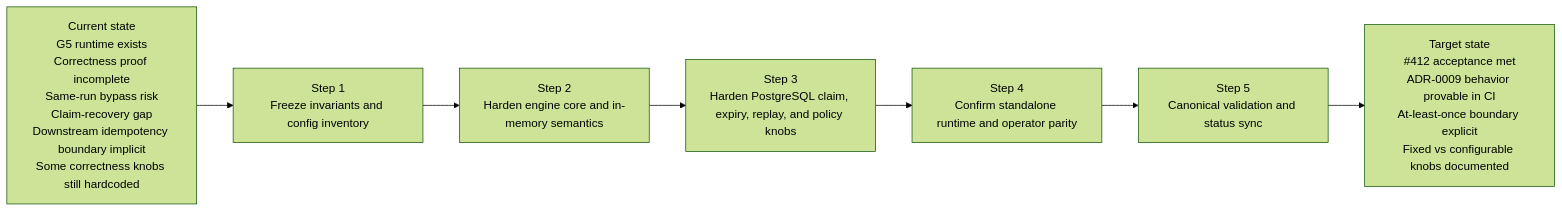
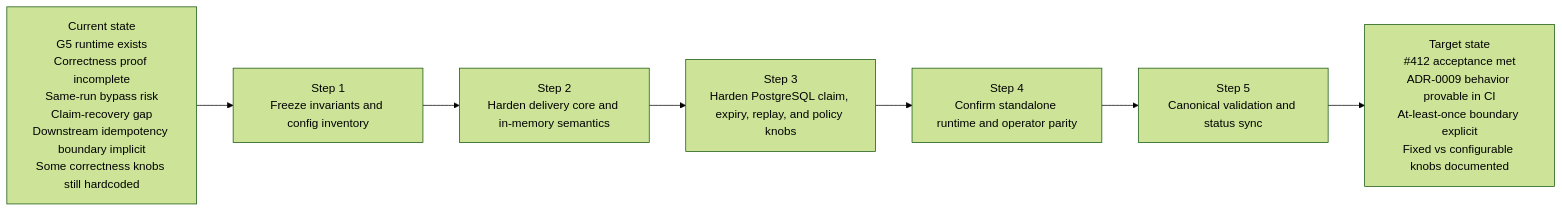
One commit to dunay2/dvt changed the diagram in docs/planning/gaps/G5-US-G5.3-CORRECTNESS-HARDENING-PLAN.md. Above: the diagram before and after it, drawn with Mermaid (forest theme). The commit also changed other lines of this file and 12 other files, not shown here.

````diff
--- a/docs/planning/gaps/G5-US-G5.3-CORRECTNESS-HARDENING-PLAN.md
+++ b/docs/planning/gaps/G5-US-G5.3-CORRECTNESS-HARDENING-PLAN.md
@@ -327,9 +327,9 @@
 ```mermaid
 flowchart LR
     A[Current state<br/>G5 runtime exists<br/>Correctness proof incomplete<br/>Same-run bypass risk<br/>Claim-recovery gap<br/>Downstream idempotency boundary implicit<br/>Some correctness knobs still hardcoded] --> B[Step 1<br/>Freeze invariants and config inventory]
-    B --> C[Step 2<br/>Harden engine core and in-memory semantics]
+    B --> C[Step 2<br/>Harden delivery core and in-memory semantics]
     C --> D[Step 3<br/>Harden PostgreSQL claim, expiry, replay, and policy knobs]
     D --> E[Step 4<br/>Confirm standalone runtime and operator parity]
     E --> F[Step 5<br/>Canonical validation and status sync]
     F --> G[Target state<br/>#412 acceptance met<br/>ADR-0009 behavior provable in CI<br/>At-least-once boundary explicit<br/>Fixed vs configurable knobs documented]
 ```
````
